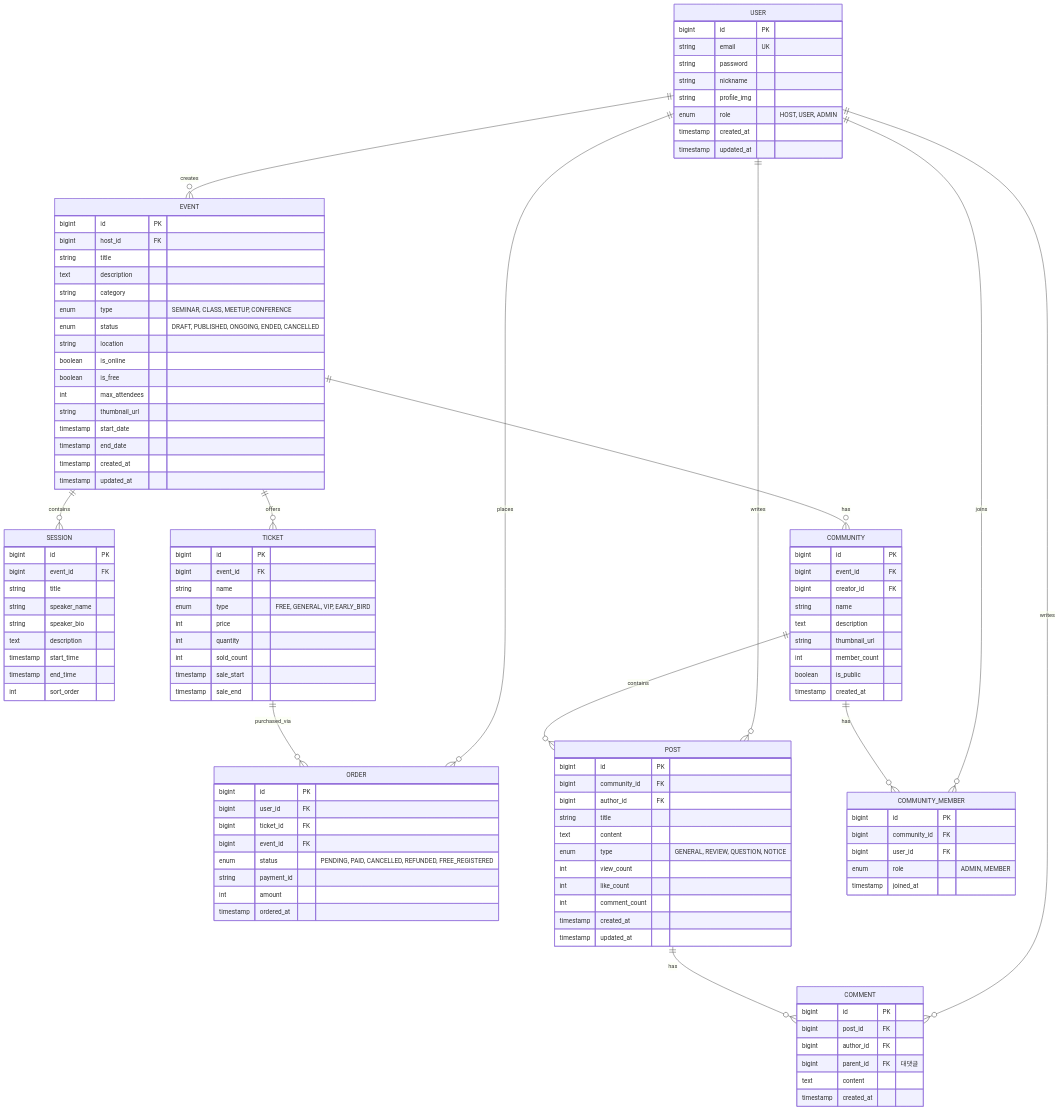
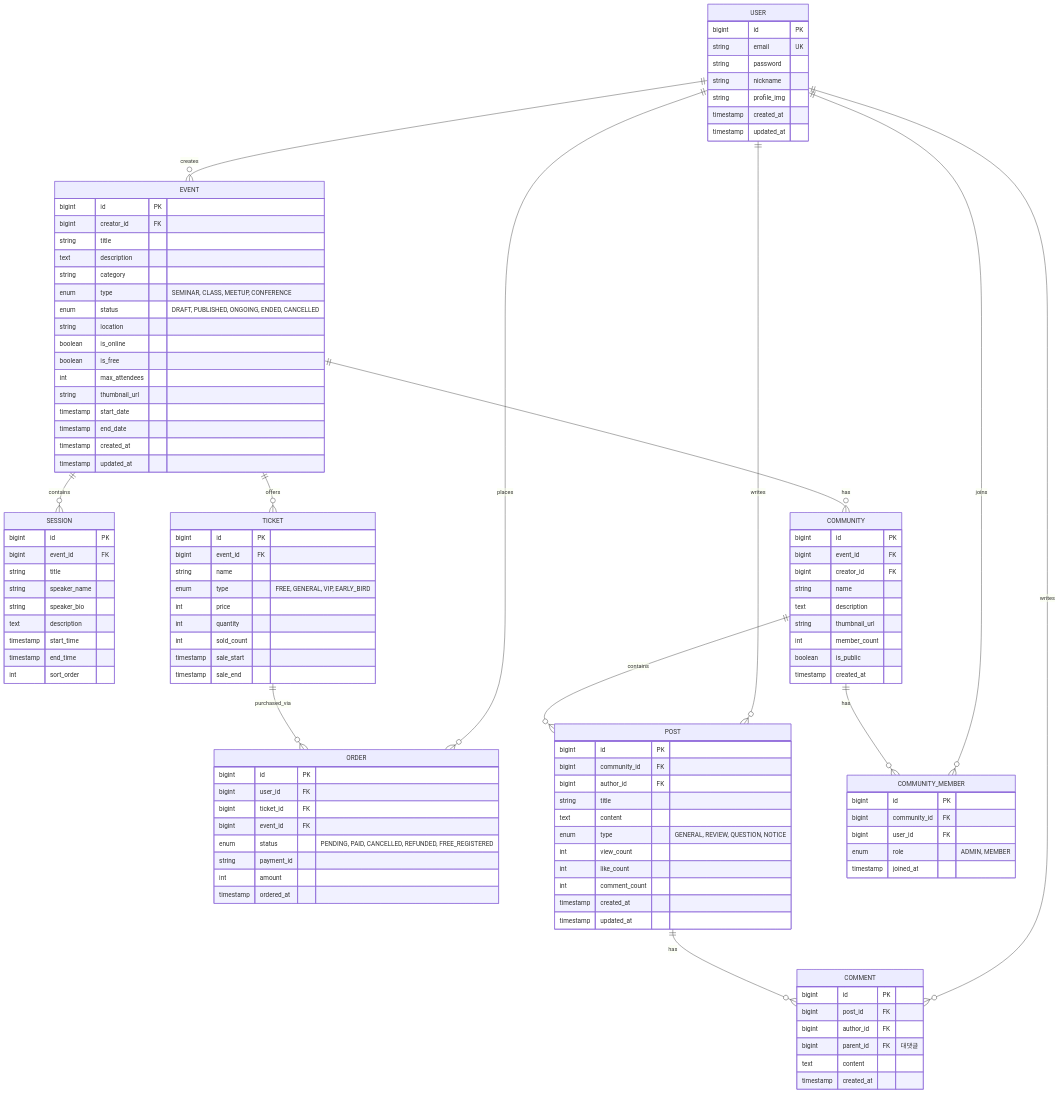
Before and after one commit to newlecture-ibm2/team3-jangane-venueon: the second of 5 diagrams in MVP_아키텍처_v3.md, drawn with Mermaid. The commit also changed other lines of this file, not shown here.

```diff
--- a/MVP_아키텍처_v3.md
+++ b/MVP_아키텍처_v3.md
@@ -115,14 +117,13 @@
         string password
         string nickname
         string profile_img
-        enum role "HOST, USER, ADMIN"
         timestamp created_at
         timestamp updated_at
     }
 
     EVENT {
         bigint id PK
-        bigint host_id FK
+        bigint creator_id FK
         string title
         text description
         string category
```
